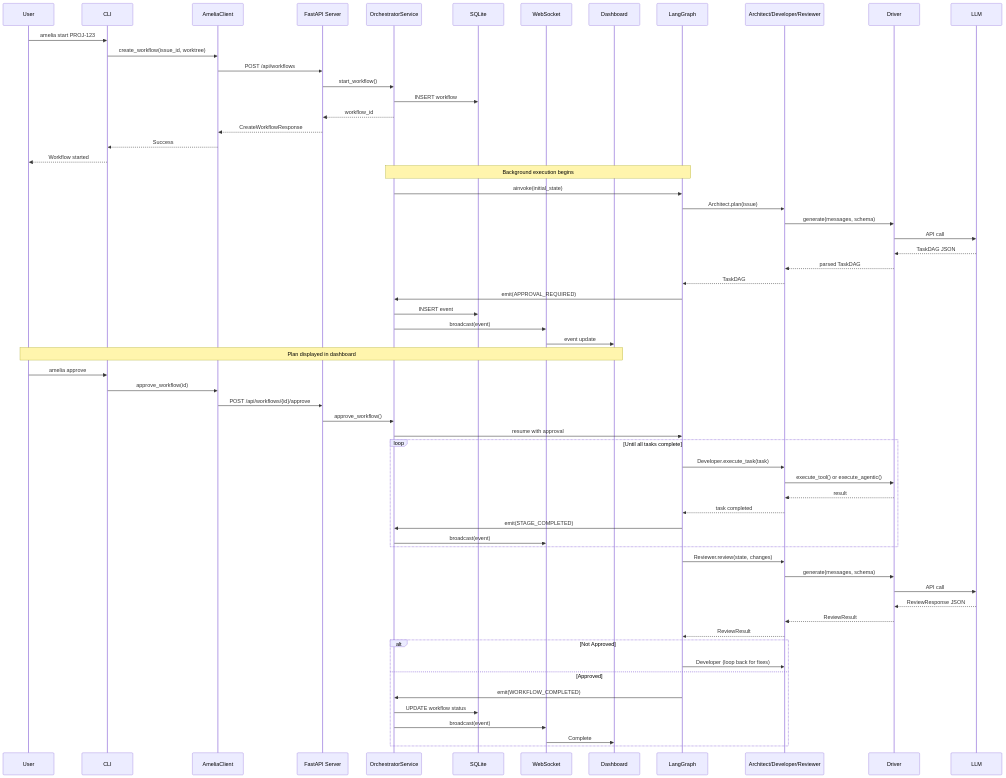
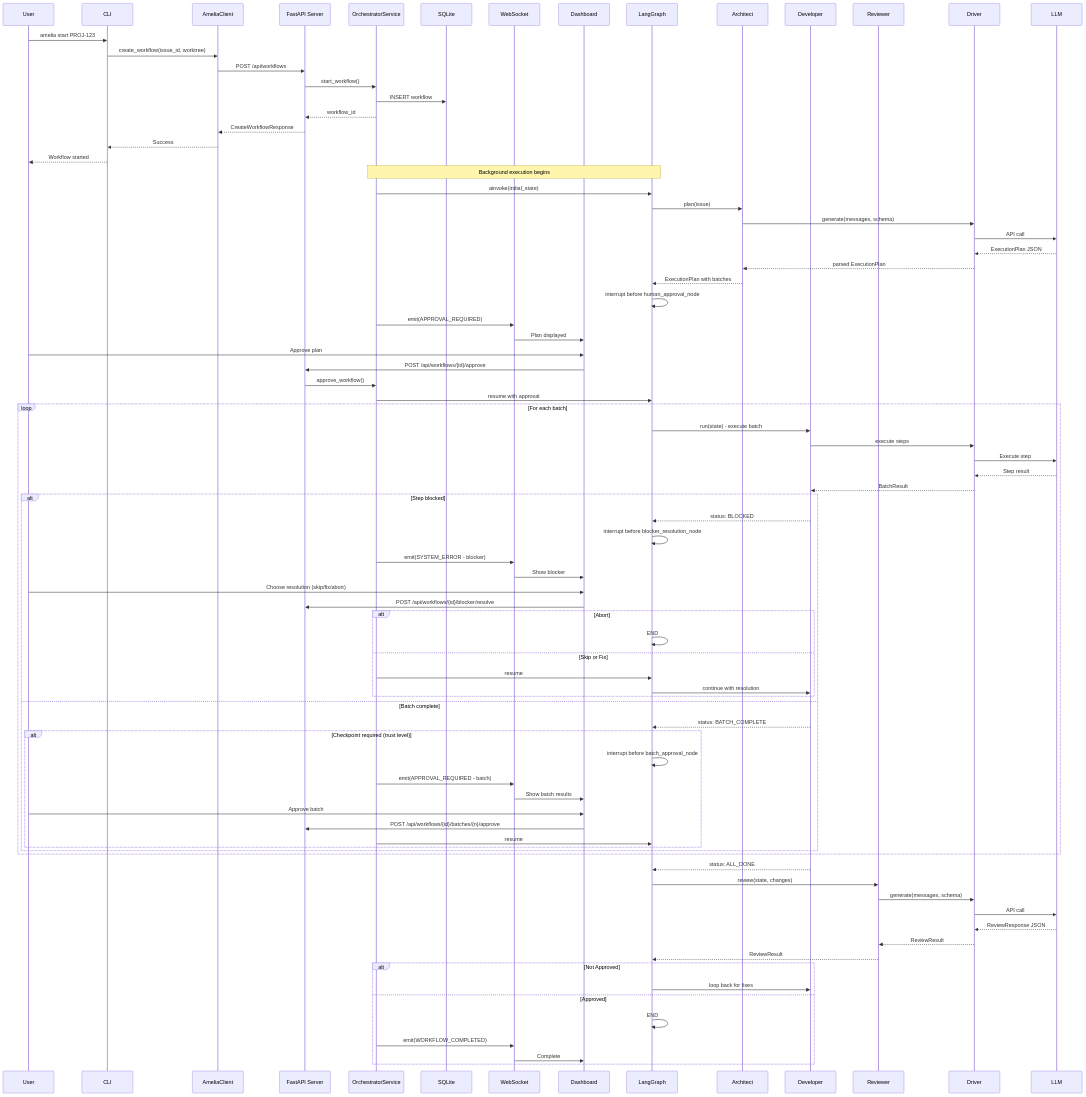
Before and after one commit to anderskev/amelia: the second of 3 diagrams in docs/site/architecture/overview.md, drawn with Mermaid. The commit also changed other lines of this file and 7 other files, not shown here.

First line of the commit message:
docs: comprehensive architecture documentation update for batched execution model (#108)

````diff
--- a/docs/site/architecture/overview.md
+++ b/docs/site/architecture/overview.md
@@ -284,7 +202,9 @@
     participant WS as WebSocket
     participant Dashboard
     participant Orchestrator as LangGraph
-    participant Agents as Architect/Developer/Reviewer
+    participant Architect
+    participant Developer
+    participant Reviewer
     participant Driver
     participant LLM
 
@@ -301,48 +221,69 @@
     Note over Service,Orchestrator: Background execution begins
 
     Service->>Orchestrator: ainvoke(initial_state)
-    Orchestrator->>Agents: Architect.plan(issue)
-    Agents->>Driver: generate(messages, schema)
+    Orchestrator->>Architect: plan(issue)
+    Architect->>Driver: generate(messages, schema)
     Driver->>LLM: API call
-    LLM-->>Driver: TaskDAG JSON
-    Driver-->>Agents: parsed TaskDAG
-    Agents-->>Orchestrator: TaskDAG
+    LLM-->>Driver: ExecutionPlan JSON
+    Driver-->>Architect: parsed ExecutionPlan
+    Architect-->>Orchestrator: ExecutionPlan with batches
 
-    Orchestrator->>Service: emit(APPROVAL_REQUIRED)
-    Service->>DB: INSERT event
-    Service->>WS: broadcast(event)
-    WS->>Dashboard: event update
+    Orchestrator->>Orchestrator: interrupt before human_approval_node
+    Service->>WS: emit(APPROVAL_REQUIRED)
+    WS->>Dashboard: Plan displayed
 
-    Note over User,Dashboard: Plan displayed in dashboard
-
-    User->>CLI: amelia approve
-    CLI->>Client: approve_workflow(id)
-    Client->>Server: POST /api/workflows/{id}/approve
+    User->>Dashboard: Approve plan
+    Dashboard->>Server: POST /api/workflows/{id}/approve
     Server->>Service: approve_workflow()
     Service->>Orchestrator: resume with approval
 
-    loop Until all tasks complete
-        Orchestrator->>Agents: Developer.execute_task(task)
-        Agents->>Driver: execute_tool() or execute_agentic()
-        Driver-->>Agents: result
-        Agents-->>Orchestrator: task completed
-        Orchestrator->>Service: emit(STAGE_COMPLETED)
-        Service->>WS: broadcast(event)
+    loop For each batch
+        Orchestrator->>Developer: run(state) - execute batch
+        Developer->>Driver: execute steps
+        Driver->>LLM: Execute step
+        LLM-->>Driver: Step result
+        Driver-->>Developer: BatchResult
+
+        alt Step blocked
+            Developer-->>Orchestrator: status: BLOCKED
+            Orchestrator->>Orchestrator: interrupt before blocker_resolution_node
+            Service->>WS: emit(SYSTEM_ERROR - blocker)
+            WS->>Dashboard: Show blocker
+            User->>Dashboard: Choose resolution (skip/fix/abort)
+            Dashboard->>Server: POST /api/workflows/{id}/blocker/resolve
+            alt Abort
+                Orchestrator->>Orchestrator: END
+            else Skip or Fix
+                Service->>Orchestrator: resume
+                Orchestrator->>Developer: continue with resolution
+            end
+        else Batch complete
+            Developer-->>Orchestrator: status: BATCH_COMPLETE
+
+            alt Checkpoint required (trust level)
+                Orchestrator->>Orchestrator: interrupt before batch_approval_node
+                Service->>WS: emit(APPROVAL_REQUIRED - batch)
+                WS->>Dashboard: Show batch results
+                User->>Dashboard: Approve batch
+                Dashboard->>Server: POST /api/workflows/{id}/batches/{n}/approve
+                Service->>Orchestrator: resume
+            end
+        end
     end
 
-    Orchestrator->>Agents: Reviewer.review(state, changes)
-    Agents->>Driver: generate(messages, schema)
+    Developer-->>Orchestrator: status: ALL_DONE
+    Orchestrator->>Reviewer: review(state, changes)
+    Reviewer->>Driver: generate(messages, schema)
     Driver->>LLM: API call
     LLM-->>Driver: ReviewResponse JSON
-    Driver-->>Agents: ReviewResult
-    Agents-->>Orchestrator: ReviewResult
+    Driver-->>Reviewer: ReviewResult
+    Reviewer-->>Orchestrator: ReviewResult
 
     alt Not Approved
-        Orchestrator->>Agents: Developer (loop back for fixes)
+        Orchestrator->>Developer: loop back for fixes
     else Approved
-        Orchestrator->>Service: emit(WORKFLOW_COMPLETED)
-        Service->>DB: UPDATE workflow status
-        Service->>WS: broadcast(event)
+        Orchestrator->>Orchestrator: END
+        Service->>WS: emit(WORKFLOW_COMPLETED)
         WS->>Dashboard: Complete
     end
 ```
````
